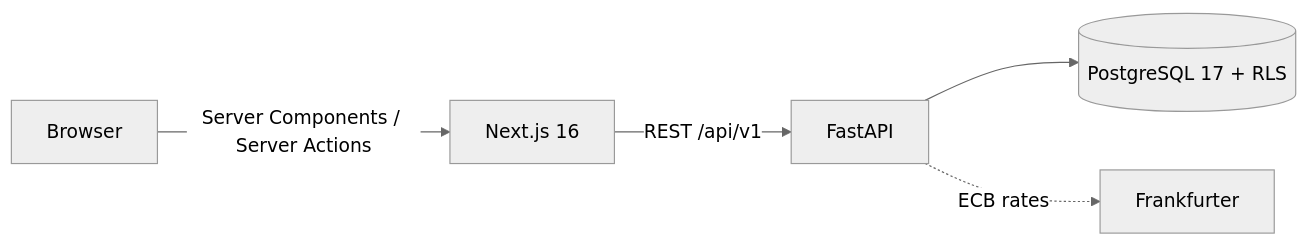
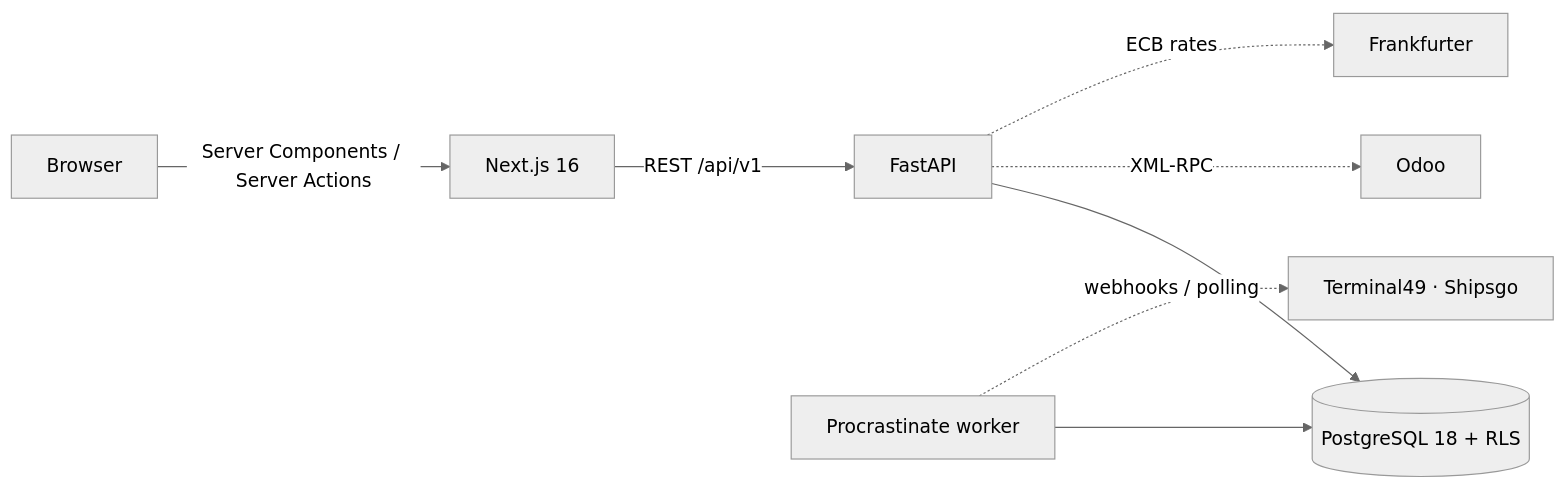
Before and after one commit to Pchambet/FreightSight: the diagram in README.md, drawn with Mermaid (neutral theme). The commit also changed other lines of this file and 1 other file, not shown here.

````diff
--- a/README.md
+++ b/README.md
@@ -59,7 +82,10 @@
 ```mermaid
 graph LR
     Browser -->|Server Components / Server Actions| Next[Next.js 16]
     Next -->|REST /api/v1| API[FastAPI]
-    API --> PG[(PostgreSQL 17 + RLS)]
+    API --> PG[(PostgreSQL 18 + RLS)]
+    Worker[Procrastinate worker] --> PG
+    API -.->|XML-RPC| Odoo
+    Worker -.->|webhooks / polling| Tracking[Terminal49 · Shipsgo]
     API -.->|ECB rates| FX[Frankfurter]
 ```
````
